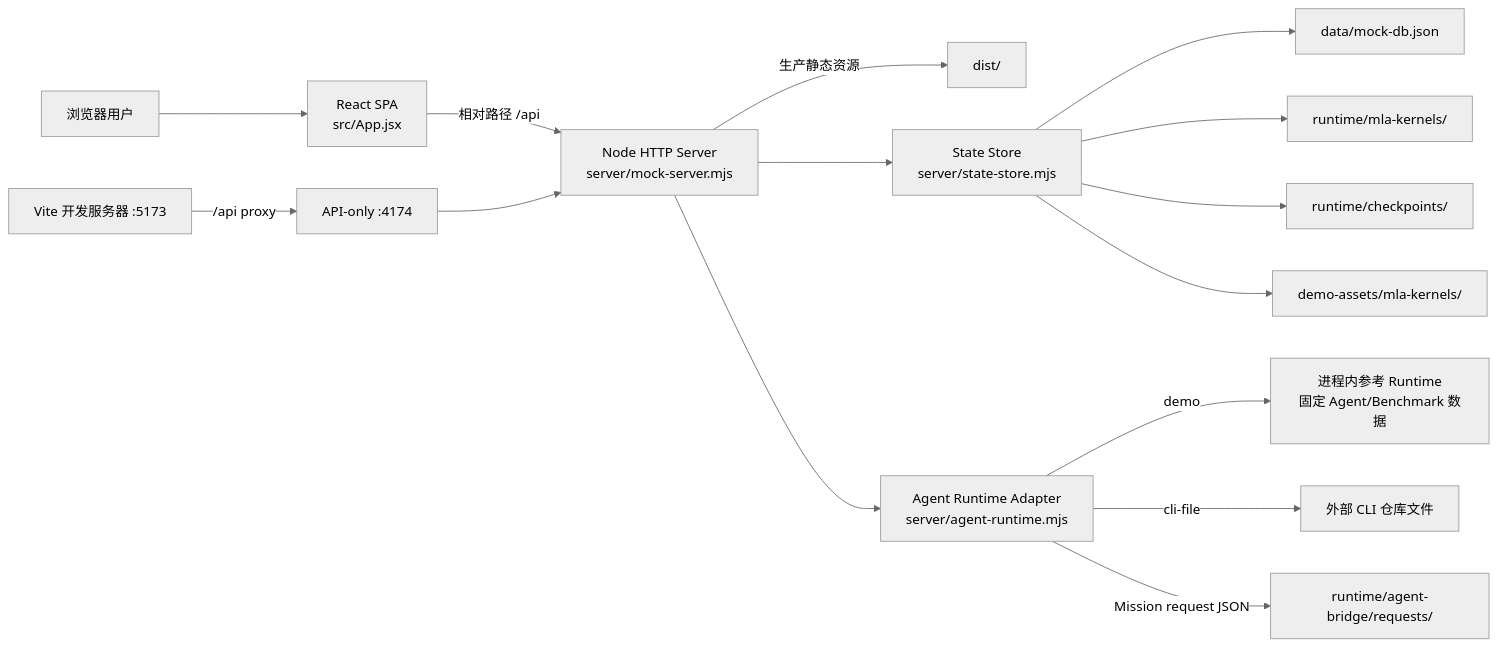
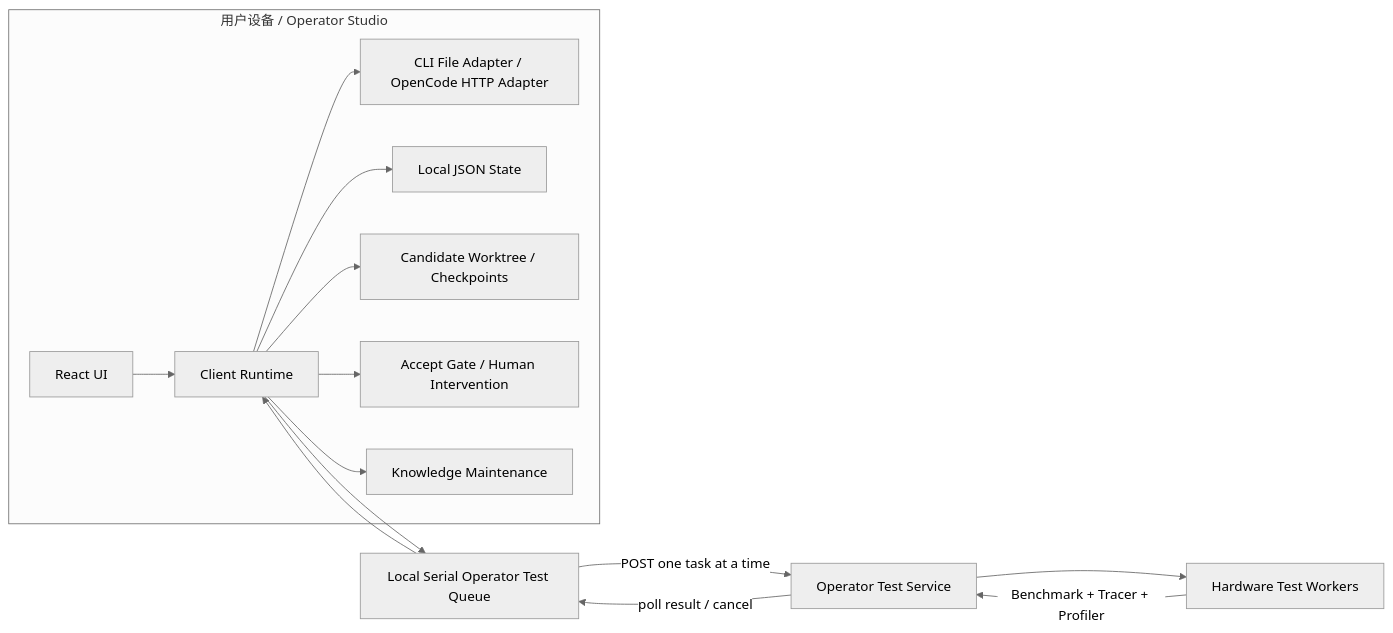
One commit to Teeeio/Acagemm changed the first of 2 diagrams in for_programmer/ARCHITECTURE.md. Above: the diagram before and after it, drawn with Mermaid (neutral theme). The commit also changed other lines of this file and 62 other files, not shown here.

First line of the commit message:
feat: refactor to client-runtime and add researcher sub-agent (Slice 1)

````diff
--- a/for_programmer/ARCHITECTURE.md
+++ b/for_programmer/ARCHITECTURE.md
@@ -7,17 +9,17 @@
 ```mermaid
 flowchart LR
-    U["浏览器用户"] --> UI["React SPA<br/>src/App.jsx"]
-    UI -->|"相对路径 /api"| HTTP["Node HTTP Server<br/>server/mock-server.mjs"]
-    HTTP -->|"生产静态资源"| DIST["dist/"]
-    HTTP --> STORE["State Store<br/>server/state-store.mjs"]
-    STORE --> DB["data/mock-db.json"]
-    STORE --> WS["runtime/mla-kernels/"]
-    STORE --> CP["runtime/checkpoints/"]
-    STORE --> TEMPLATE["demo-assets/mla-kernels/"]
-    HTTP --> ADAPTER["Agent Runtime Adapter<br/>server/agent-runtime.mjs"]
-    ADAPTER -->|"demo"| REF["进程内参考 Runtime<br/>固定 Agent/Benchmark 数据"]
-    ADAPTER -->|"cli-file"| CLI["外部 CLI 仓库文件"]
-    ADAPTER -->|"Mission request JSON"| BRIDGE["runtime/agent-bridge/requests/"]
-    DEV["Vite 开发服务器 :5173"] -->|"/api proxy"| API4174["API-only :4174"]
-    API4174 --> HTTP
+  subgraph Client["用户设备 / Operator Studio"]
+    UI["React UI"] --> LOCAL["Client Runtime"]
+    LOCAL --> AGENT["CLI File Adapter / OpenCode HTTP Adapter"]
+    LOCAL --> STATE["Local JSON State"]
+    LOCAL --> WORKTREE["Candidate Worktree / Checkpoints"]
+    LOCAL --> POLICY["Accept Gate / Human Intervention"]
+    LOCAL --> KNOWLEDGE["Knowledge Maintenance"]
+  end
+  LOCAL --> QUEUE["Local Serial Operator Test Queue"]
+  QUEUE -->|"POST one task at a time"| TEST["Operator Test Service"]
+  TEST --> WORKER["Hardware Test Workers"]
+  WORKER -->|"Benchmark + Tracer + Profiler"| TEST
+  TEST -->|"poll result / cancel"| QUEUE
+  QUEUE --> LOCAL
 ```
````
